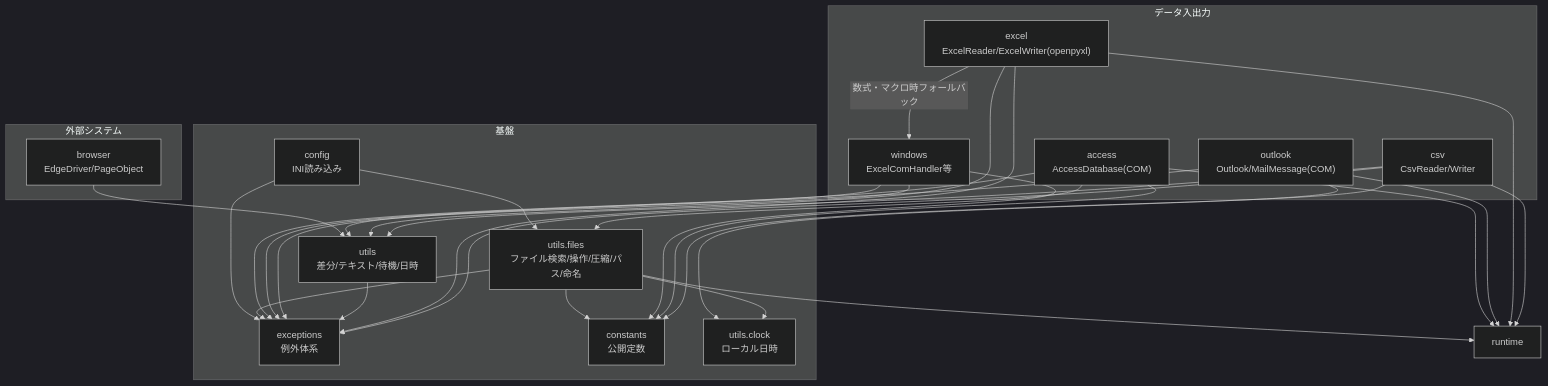
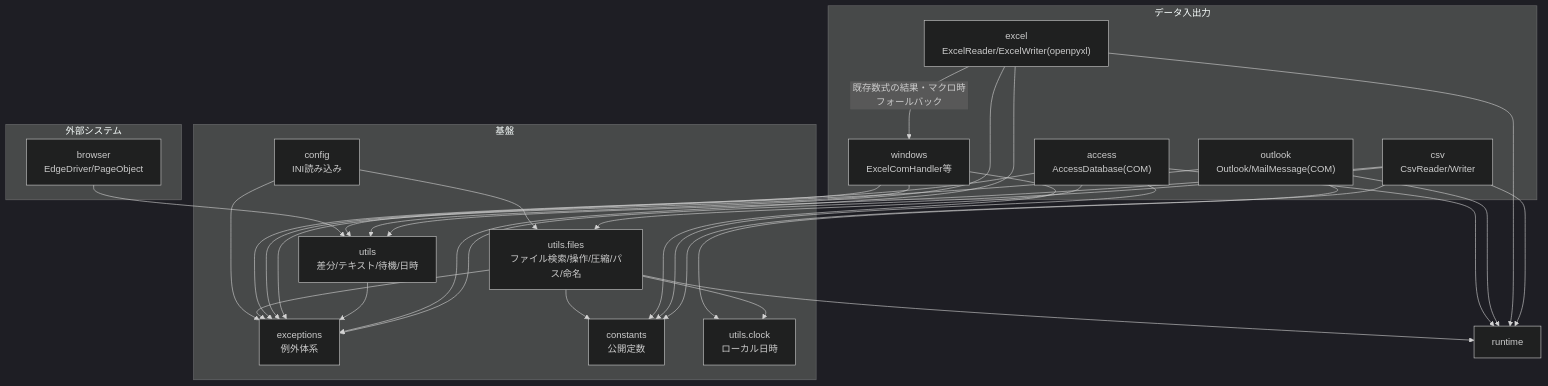
One commit to tenniscorecom/comken changed the diagram in 仕様書.md. Above: the diagram before and after it, drawn with Mermaid (dark theme). The commit also changed other lines of this file and 13 other files, not shown here.

````diff
--- a/仕様書.md
+++ b/仕様書.md
@@ -56,47 +56,47 @@
 ```mermaid
 graph TD
     subgraph 基盤
         config["config\nINI読み込み"]
         exceptions["exceptions\n例外体系"]
         constants["constants\n公開定数"]
         utils["utils\n差分/テキスト/待機/日時"]
         clock["utils.clock\nローカル日時"]
         files["utils.files\nファイル検索/操作/圧縮/パス/命名"]
     end
     subgraph データ入出力
         csv["csv\nCsvReader/Writer"]
         excel["excel\nExcelReader/ExcelWriter(openpyxl)"]
         access["access\nAccessDatabase(COM)"]
         outlook["outlook\nOutlook/MailMessage(COM)"]
         windows["windows\nExcelComHandler等"]
     end
     subgraph 外部システム
         browser["browser\nEdgeDriver/PageObject"]
     end
-    excel -->|数式・マクロ時フォールバック| windows
+    excel -->|既存数式の結果・マクロ時フォールバック| windows
     config --> exceptions
     config --> files
     browser --> utils
     files --> constants
     files --> exceptions
     files --> runtime
     windows --> exceptions
     windows --> constants
     windows --> utils
     access --> exceptions
     access --> constants
     access --> runtime
     access --> files
     outlook --> exceptions
     outlook --> runtime
     outlook --> clock
     utils --> exceptions
     files --> clock
     excel --> exceptions
     excel --> runtime
     excel --> utils
     csv --> exceptions
     csv --> constants
     csv --> runtime
     csv --> utils
 ```
````
